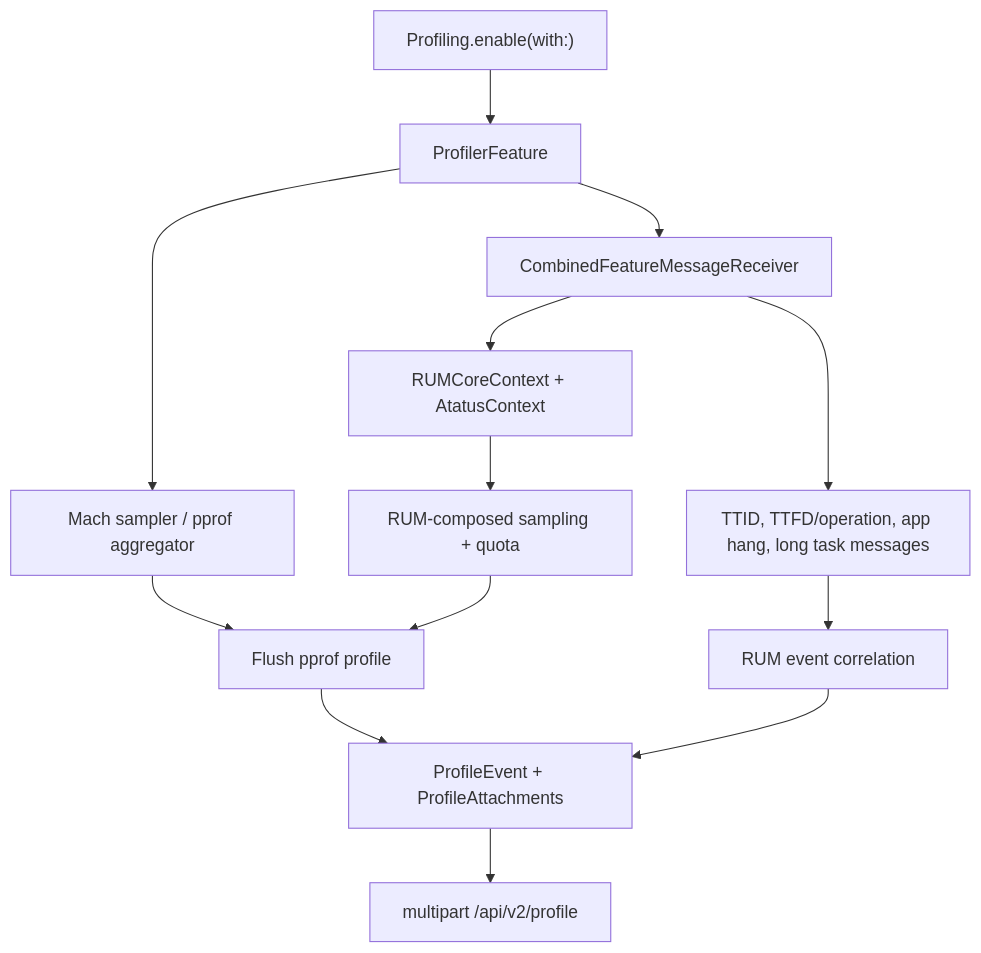
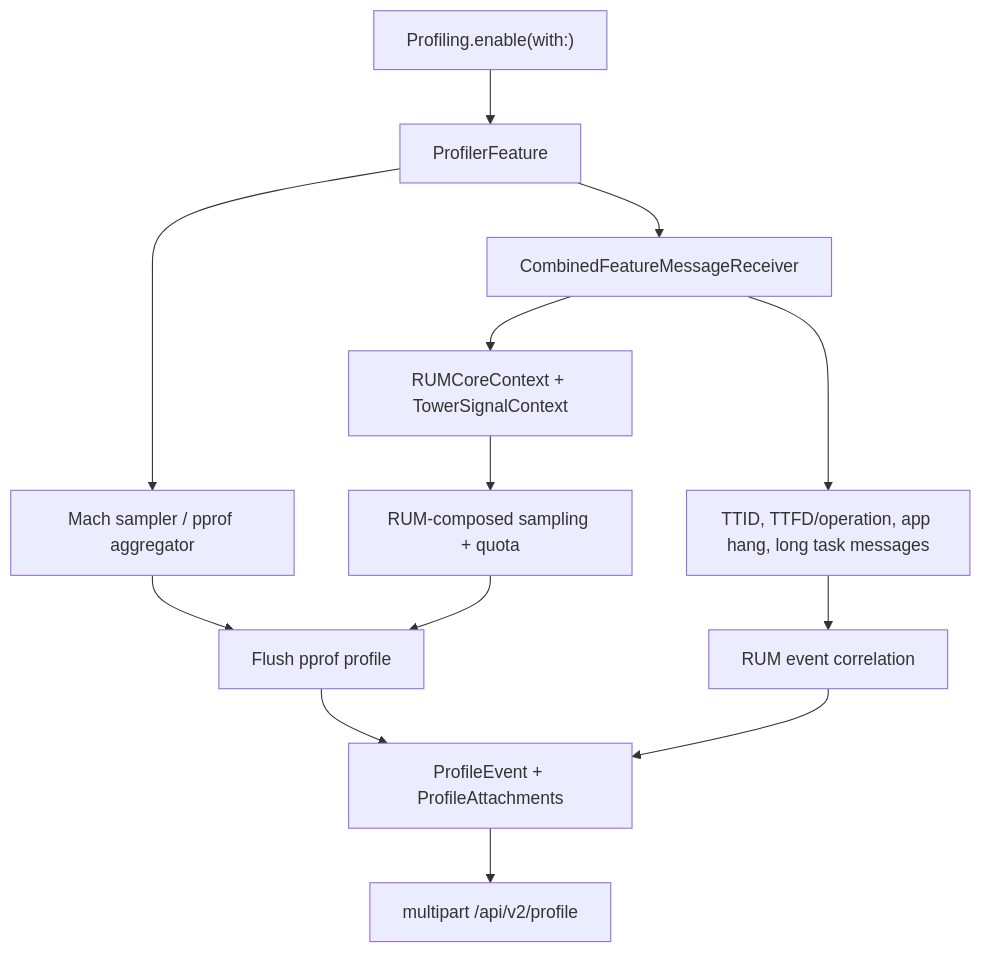
The diagram in TowerSignalProfiling/PROFILING_FEATURE.md (sriprakash-atatus/sri-ios-spm), drawn with Mermaid before and after one commit. The commit also changed other lines of this file and 1827 other files, not shown here.

Commit message:
refactor: rename test schemes from Atatus to TowerSignal in Makefile

````diff
--- a/TowerSignalProfiling/PROFILING_FEATURE.md
+++ b/TowerSignalProfiling/PROFILING_FEATURE.md
@@ -112,15 +112,15 @@
 ```mermaid
 flowchart TD
     Enable["Profiling.enable(with:)"] --> Feature["ProfilerFeature"]
     Feature --> Native["Mach sampler / pprof aggregator"]
     Feature --> Receivers["CombinedFeatureMessageReceiver"]
-    Receivers --> Context["RUMCoreContext + AtatusContext"]
+    Receivers --> Context["RUMCoreContext + TowerSignalContext"]
     Receivers --> RUMPayloads["TTID, TTFD/operation, app hang, long task messages"]
     Context --> Sampling["RUM-composed sampling + quota"]
     RUMPayloads --> Correlation["RUM event correlation"]
     Native --> Flush["Flush pprof profile"]
     Sampling --> Flush
     Correlation --> Event["ProfileEvent + ProfileAttachments"]
     Flush --> Event
     Event --> Upload["multipart /api/v2/profile"]
 ```
````
